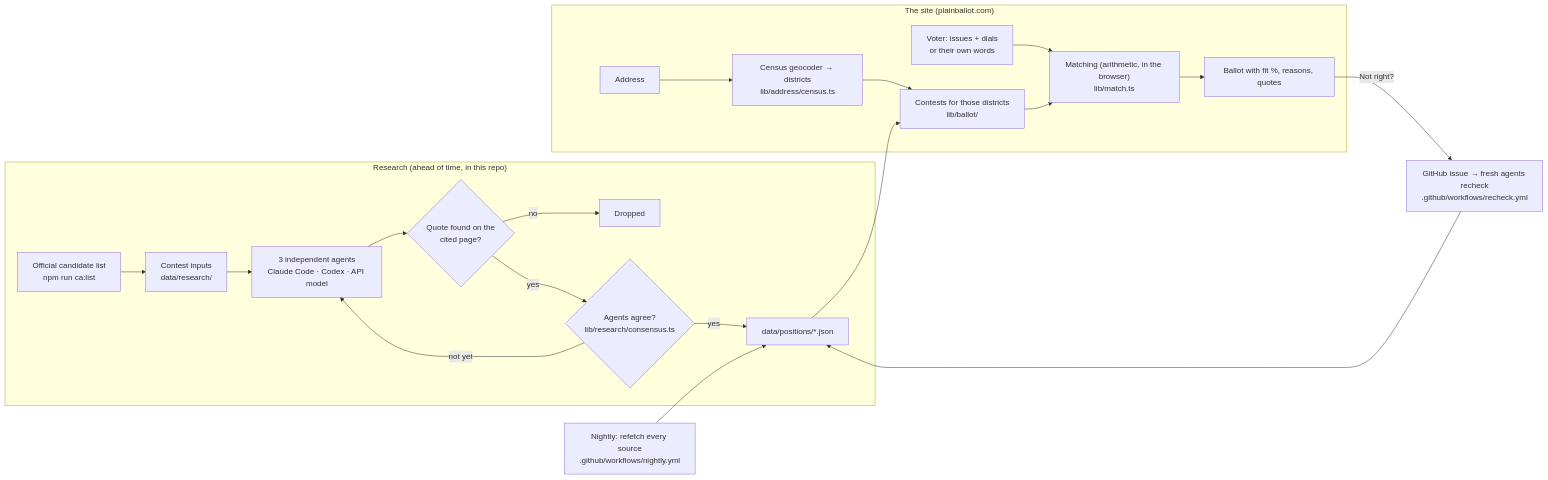
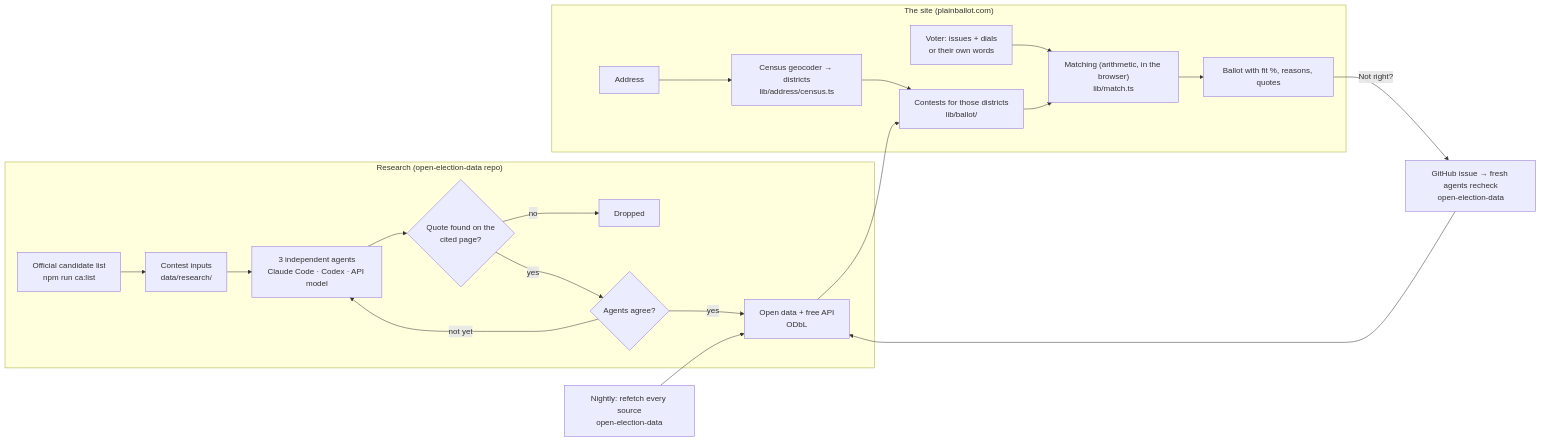
Before and after one commit to n8peace/plainballot: the diagram in docs/ARCHITECTURE.md, drawn with Mermaid. The commit also changed other lines of this file and 808 other files, not shown here.

First line of the commit message:
Split research into Open Election Data; the site reads it through its API (#67)

````diff
--- a/docs/ARCHITECTURE.md
+++ b/docs/ARCHITECTURE.md
@@ -5,25 +5,25 @@
 ```mermaid
 flowchart LR
-  subgraph Research["Research (ahead of time, in this repo)"]
+  subgraph Research["Research (open-election-data repo)"]
     L["Official candidate list<br/>npm run ca:list"] --> I["Contest inputs<br/>data/research/"]
     I --> A["3 independent agents<br/>Claude Code · Codex · API model"]
     A --> V{"Quote found on the<br/>cited page?"}
     V -- no --> X[Dropped]
-    V -- yes --> C{"Agents agree?<br/>lib/research/consensus.ts"}
+    V -- yes --> C{"Agents agree?"}
     C -- "not yet" --> A
-    C -- yes --> P["data/positions/*.json"]
+    C -- yes --> P["Open data + free API<br/>ODbL"]
   end
 
   subgraph Site["The site (plainballot.com)"]
     U["Voter: issues + dials<br/>or their own words"] --> M
     AD["Address"] --> G["Census geocoder → districts<br/>lib/address/census.ts"]
     G --> B["Contests for those districts<br/>lib/ballot/"]
     P --> B
     B --> M["Matching (arithmetic, in the browser)<br/>lib/match.ts"]
     M --> R["Ballot with fit %, reasons, quotes"]
   end
 
-  R -- "Not right?" --> Q["GitHub issue → fresh agents recheck<br/>.github/workflows/recheck.yml"]
+  R -- "Not right?" --> Q["GitHub issue → fresh agents recheck<br/>open-election-data"]
   Q --> P
-  N["Nightly: refetch every source<br/>.github/workflows/nightly.yml"] --> P
+  N["Nightly: refetch every source<br/>open-election-data"] --> P
 ```
````
